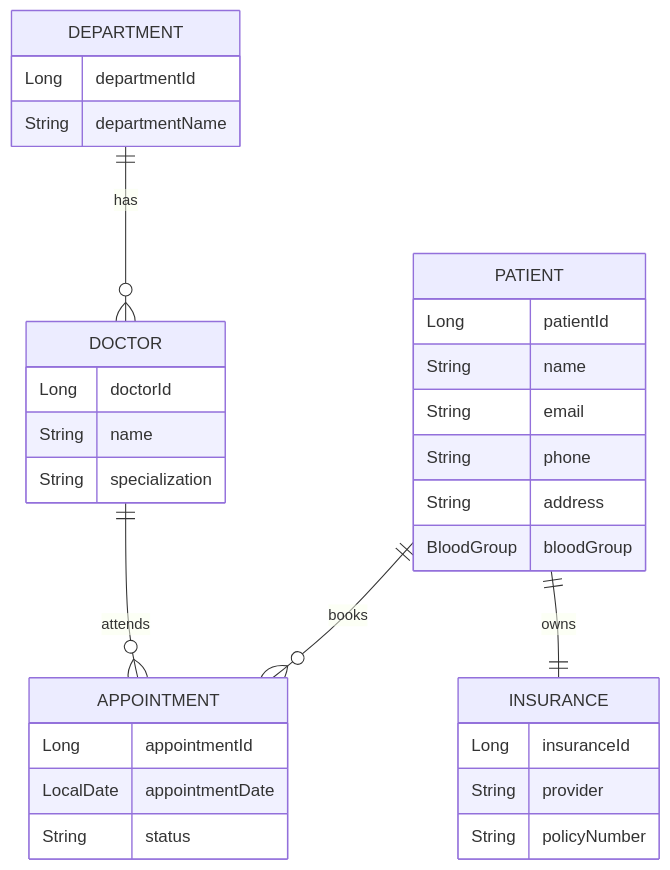
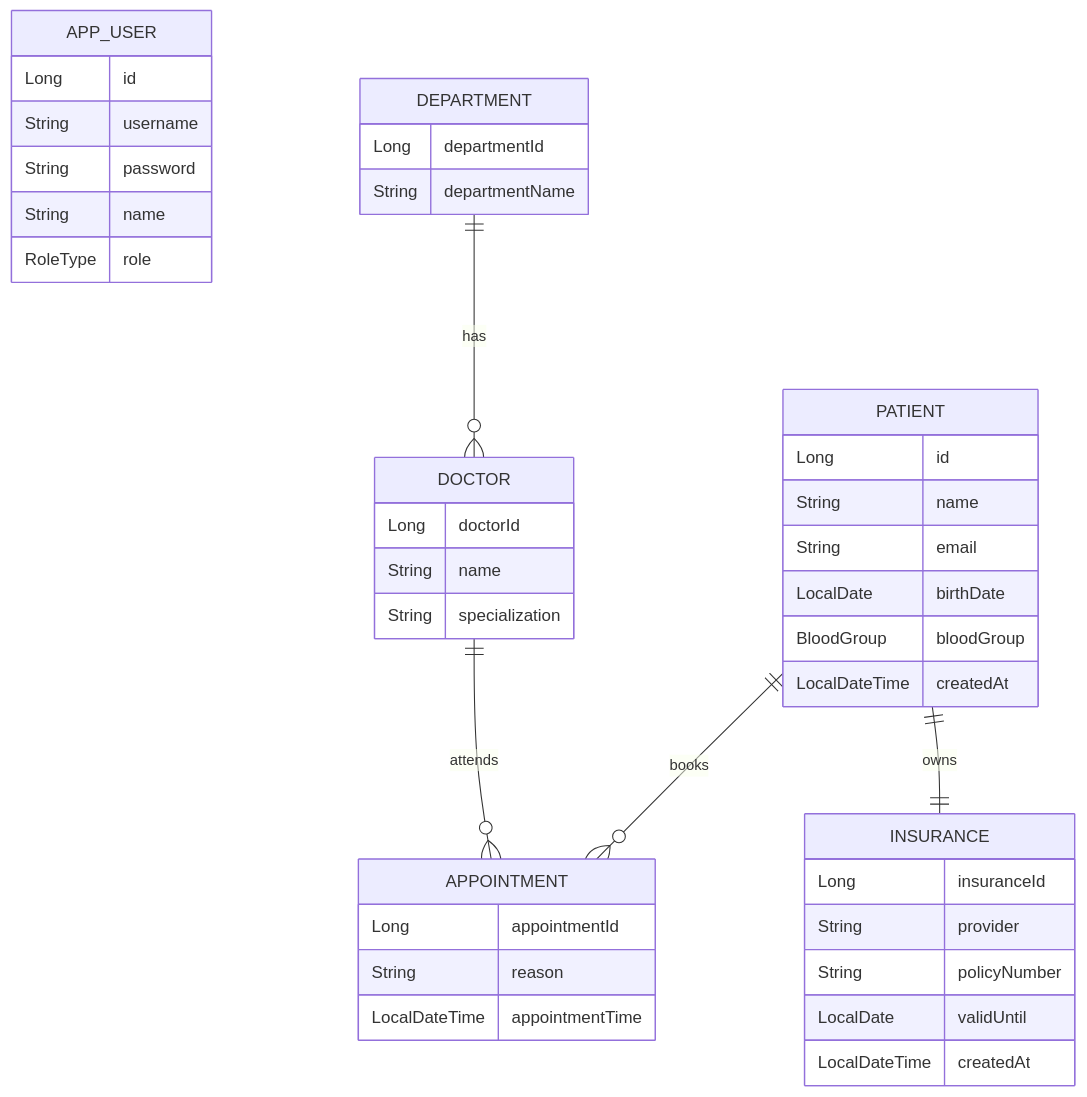
The diagram in README.md (castial004/Hospital_Management_System-Using-SpringBoot), drawn with Mermaid before and after one commit. The commit also changed other lines of this file, not shown here.

````diff
--- a/README.md
+++ b/README.md
@@ -83,41 +438,50 @@
 ```mermaid
 erDiagram
 
+    APP_USER {
+        Long id
+        String username
+        String password
+        String name
+        RoleType role
+    }
+
     PATIENT {
-        Long patientId
+        Long id
         String name
         String email
-        String phone
-        String address
+        LocalDate birthDate
         BloodGroup bloodGroup
+        LocalDateTime createdAt
     }
 
     DOCTOR {
         Long doctorId
         String name
         String specialization
     }
 
     DEPARTMENT {
         Long departmentId
         String departmentName
     }
 
     APPOINTMENT {
         Long appointmentId
-        LocalDate appointmentDate
-        String status
+        String reason
+        LocalDateTime appointmentTime
     }
 
     INSURANCE {
         Long insuranceId
         String provider
         String policyNumber
+        LocalDate validUntil
+        LocalDateTime createdAt
     }
 
     PATIENT ||--o{ APPOINTMENT : books
     DOCTOR ||--o{ APPOINTMENT : attends
     DEPARTMENT ||--o{ DOCTOR : has
     PATIENT ||--|| INSURANCE : owns
-
 ```
````
